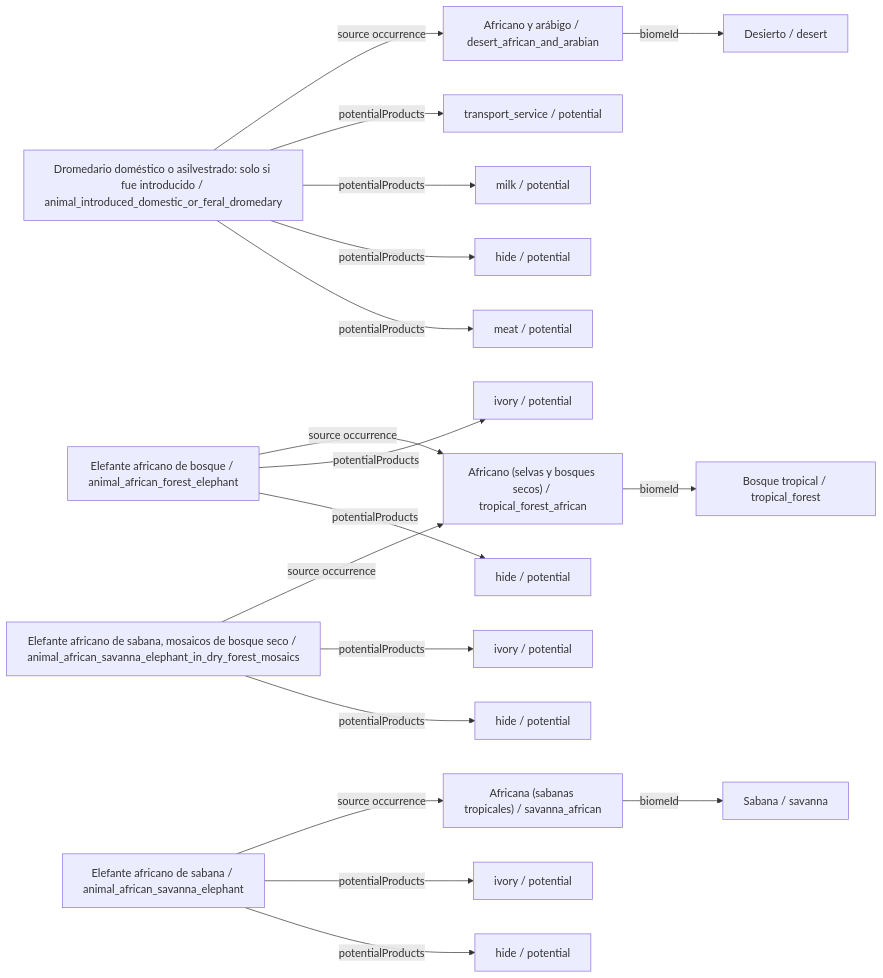
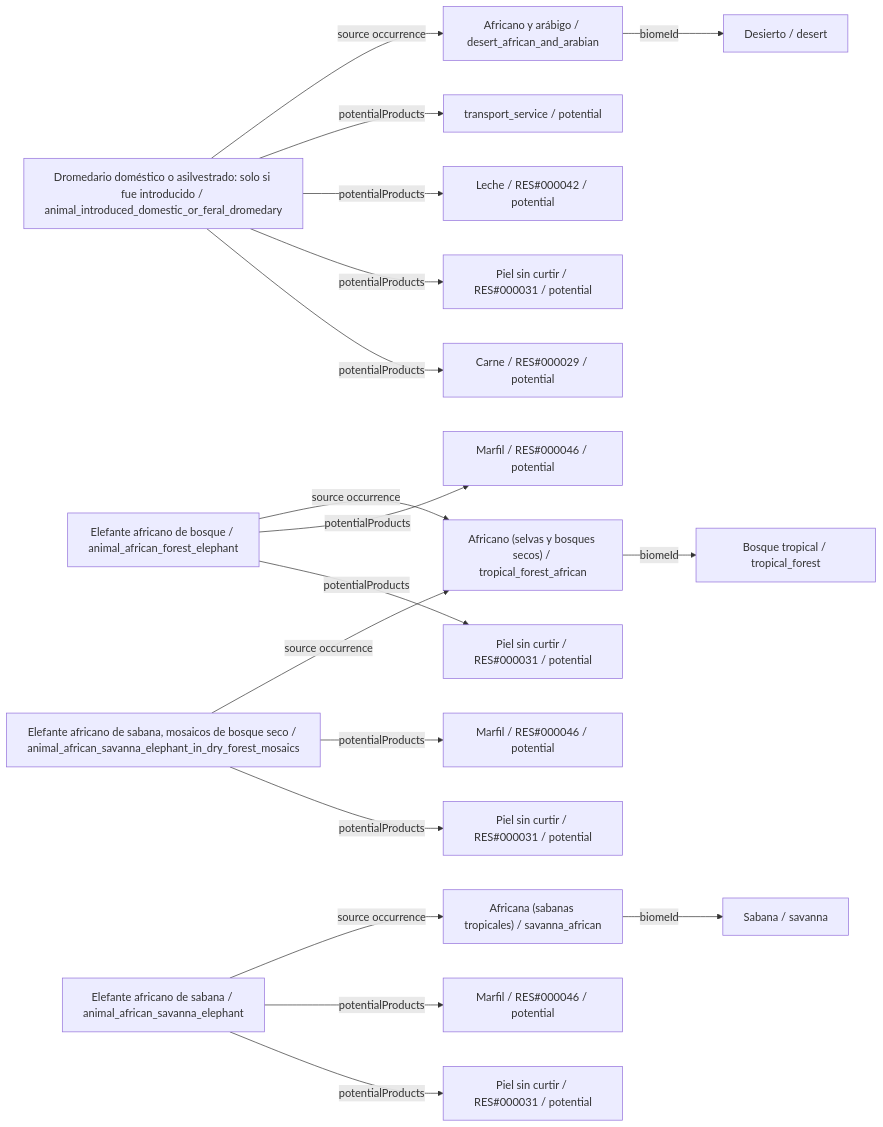
One commit to fgabo404/EvolveDoc changed diagram 11 of 34 in data/animals/DIAGRAMS.es.md. Above: the diagram before and after it, drawn with Mermaid. The commit also changed other lines of this file and 50 other files, not shown here.

````diff
--- a/data/animals/DIAGRAMS.es.md
+++ b/data/animals/DIAGRAMS.es.md
@@ -574,40 +574,40 @@
 ```mermaid
 flowchart LR
     c0["Dromedario doméstico o asilvestrado: solo si fue introducido / animal_introduced_domestic_or_feral_dromedary"]
     v16["Africano y arábigo / desert_african_and_arabian"]
     b4["Desierto / desert"]
-    o0_0["meat / potential"]
-    o0_1["hide / potential"]
-    o0_2["milk / potential"]
+    o0_0["Carne / RES#000029 / potential"]
+    o0_1["Piel sin curtir / RES#000031 / potential"]
+    o0_2["Leche / RES#000042 / potential"]
     o0_3["transport_service / potential"]
     c1["Elefante africano de bosque / animal_african_forest_elephant"]
     v1["Africano (selvas y bosques secos) / tropical_forest_african"]
     b0["Bosque tropical / tropical_forest"]
-    o1_0["hide / potential"]
-    o1_1["ivory / potential"]
+    o1_0["Piel sin curtir / RES#000031 / potential"]
+    o1_1["Marfil / RES#000046 / potential"]
     c2["Elefante africano de sabana / animal_african_savanna_elephant"]
     v11["Africana (sabanas tropicales) / savanna_african"]
     b3["Sabana / savanna"]
-    o2_0["hide / potential"]
-    o2_1["ivory / potential"]
+    o2_0["Piel sin curtir / RES#000031 / potential"]
+    o2_1["Marfil / RES#000046 / potential"]
     c3["Elefante africano de sabana, mosaicos de bosque seco / animal_african_savanna_elephant_in_dry_forest_mosaics"]
-    o3_0["hide / potential"]
-    o3_1["ivory / potential"]
+    o3_0["Piel sin curtir / RES#000031 / potential"]
+    o3_1["Marfil / RES#000046 / potential"]
     c0 -->|potentialProducts| o0_0
     c0 -->|potentialProducts| o0_1
     c0 -->|potentialProducts| o0_2
     c0 -->|potentialProducts| o0_3
     c0 -->|source occurrence| v16
     c1 -->|potentialProducts| o1_0
     c1 -->|potentialProducts| o1_1
     c1 -->|source occurrence| v1
     c2 -->|potentialProducts| o2_0
     c2 -->|potentialProducts| o2_1
     c2 -->|source occurrence| v11
     c3 -->|potentialProducts| o3_0
     c3 -->|potentialProducts| o3_1
     c3 -->|source occurrence| v1
     v1 -->|biomeId| b0
     v11 -->|biomeId| b3
     v16 -->|biomeId| b4
 ```
````
